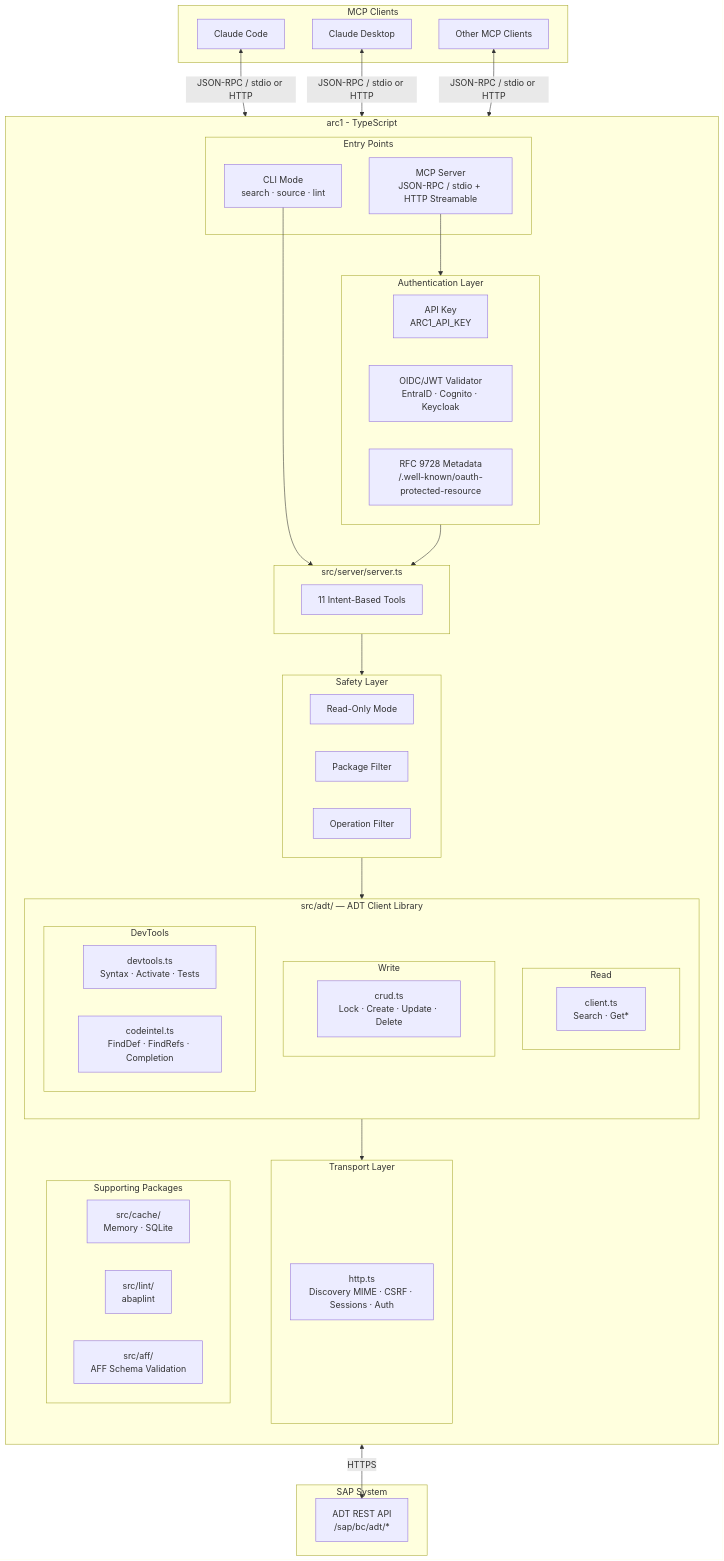
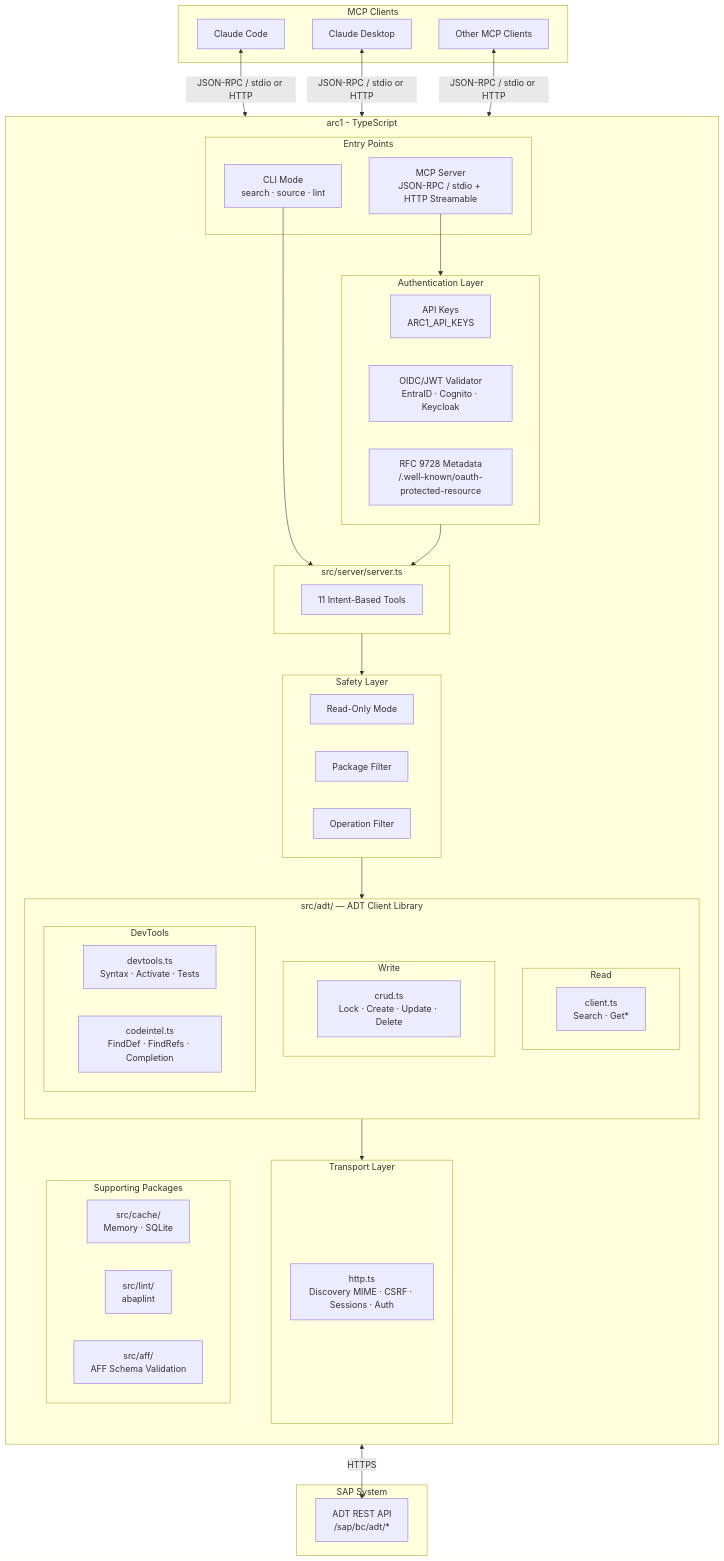
One commit to marianfoo/arc-1 changed the first of 7 diagrams in docs_page/architecture.md. Above: the diagram before and after it, drawn with Mermaid. The commit also changed other lines of this file and 57 other files, not shown here.

````diff
--- a/docs_page/architecture.md
+++ b/docs_page/architecture.md
@@ -5,71 +5,71 @@
 ```mermaid
 flowchart TB
     subgraph Clients["MCP Clients"]
         CC[Claude Code]
         CD[Claude Desktop]
         Other[Other MCP Clients]
     end
 
     subgraph ARC1["arc1 - TypeScript"]
         direction TB
 
         subgraph Entry["Entry Points"]
             MCP[MCP Server<br/>JSON-RPC / stdio + HTTP Streamable]
             CLI[CLI Mode<br/>search · source · lint]
         end
 
         subgraph Auth["Authentication Layer"]
-            APIKEY[API Key<br/>ARC1_API_KEY]
+            APIKEY[API Keys<br/>ARC1_API_KEYS]
             OIDC[OIDC/JWT Validator<br/>EntraID · Cognito · Keycloak]
             PRM[RFC 9728 Metadata<br/>/.well-known/oauth-protected-resource]
         end
 
         subgraph Core["src/server/server.ts"]
             direction LR
             Tools[11 Intent-Based Tools]
         end
 
         subgraph Safety["Safety Layer"]
             RO[Read-Only Mode]
             PF[Package Filter]
             OF[Operation Filter]
         end
 
         subgraph ADTLib["src/adt/ — ADT Client Library"]
             direction TB
             subgraph Read["Read"]
                 client[client.ts<br/>Search · Get*]
             end
             subgraph Write["Write"]
                 crud[crud.ts<br/>Lock · Create · Update · Delete]
             end
             subgraph DevTools["DevTools"]
                 devtools[devtools.ts<br/>Syntax · Activate · Tests]
                 codeintel[codeintel.ts<br/>FindDef · FindRefs · Completion]
             end
         end
 
         subgraph TransportLayer["Transport Layer"]
             HTTP[http.ts<br/>Discovery MIME · CSRF · Sessions · Auth]
         end
 
         subgraph Packages["Supporting Packages"]
             Cache[src/cache/<br/>Memory · SQLite]
             Lint[src/lint/<br/>abaplint]
             AFF[src/aff/<br/>AFF Schema Validation]
         end
     end
 
     subgraph SAP["SAP System"]
         ADT[ADT REST API<br/>/sap/bc/adt/*]
     end
 
     CC & CD & Other <-->|"JSON-RPC / stdio or HTTP"| MCP
     CLI --> Core
     MCP --> Auth
     Auth --> Core
     Core --> Safety
     Safety --> ADTLib
     ADTLib --> TransportLayer
     HTTP <-->|HTTPS| ADT
 ```
````
